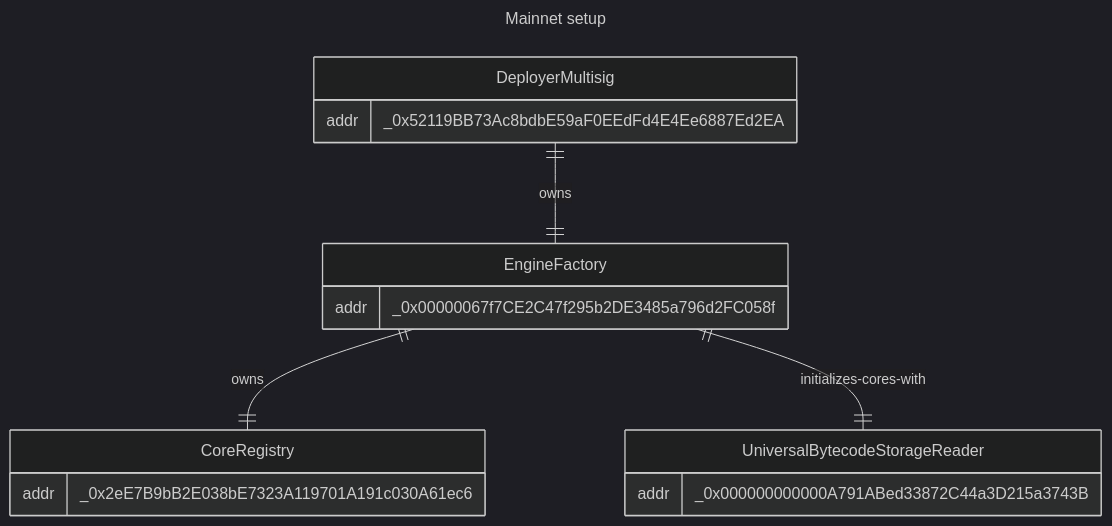
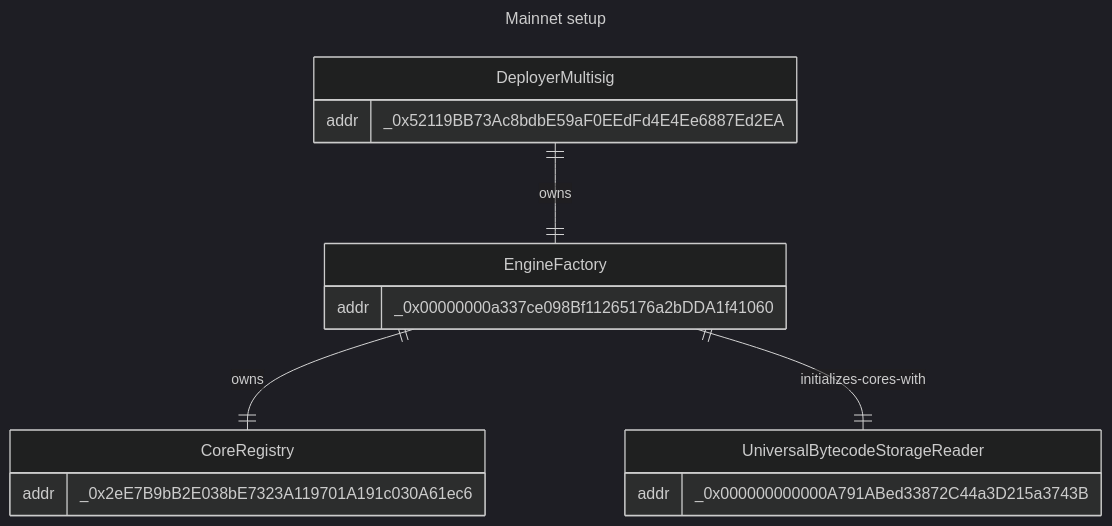
One commit to ArtBlocks/artblocks-contracts changed the first of 6 diagrams in packages/contracts/INFRASTRUCTURE.md. Above: the diagram before and after it, drawn with Mermaid (dark theme). The commit also changed other lines of this file and 17 other files, not shown here.

````diff
--- a/packages/contracts/INFRASTRUCTURE.md
+++ b/packages/contracts/INFRASTRUCTURE.md
@@ -44,21 +35,21 @@
 ```mermaid
 ---
 title: Mainnet setup
 ---
 erDiagram
     DeployerMultisig ||--|| EngineFactory : owns
     EngineFactory ||--|| CoreRegistry : owns
     EngineFactory ||--|| UniversalBytecodeStorageReader : initializes-cores-with
     DeployerMultisig {
         addr _0x52119BB73Ac8bdbE59aF0EEdFd4E4Ee6887Ed2EA
     }
     EngineFactory {
-        addr _0x00000067f7CE2C47f295b2DE3485a796d2FC058f
+        addr _0x00000000a337ce098Bf11265176a2bDDA1f41060
     }
     CoreRegistry {
         addr _0x2eE7B9bB2E038bE7323A119701A191c030A61ec6
     }
     UniversalBytecodeStorageReader {
         addr _0x000000000000A791ABed33872C44a3D215a3743B
     }
 ```
````
